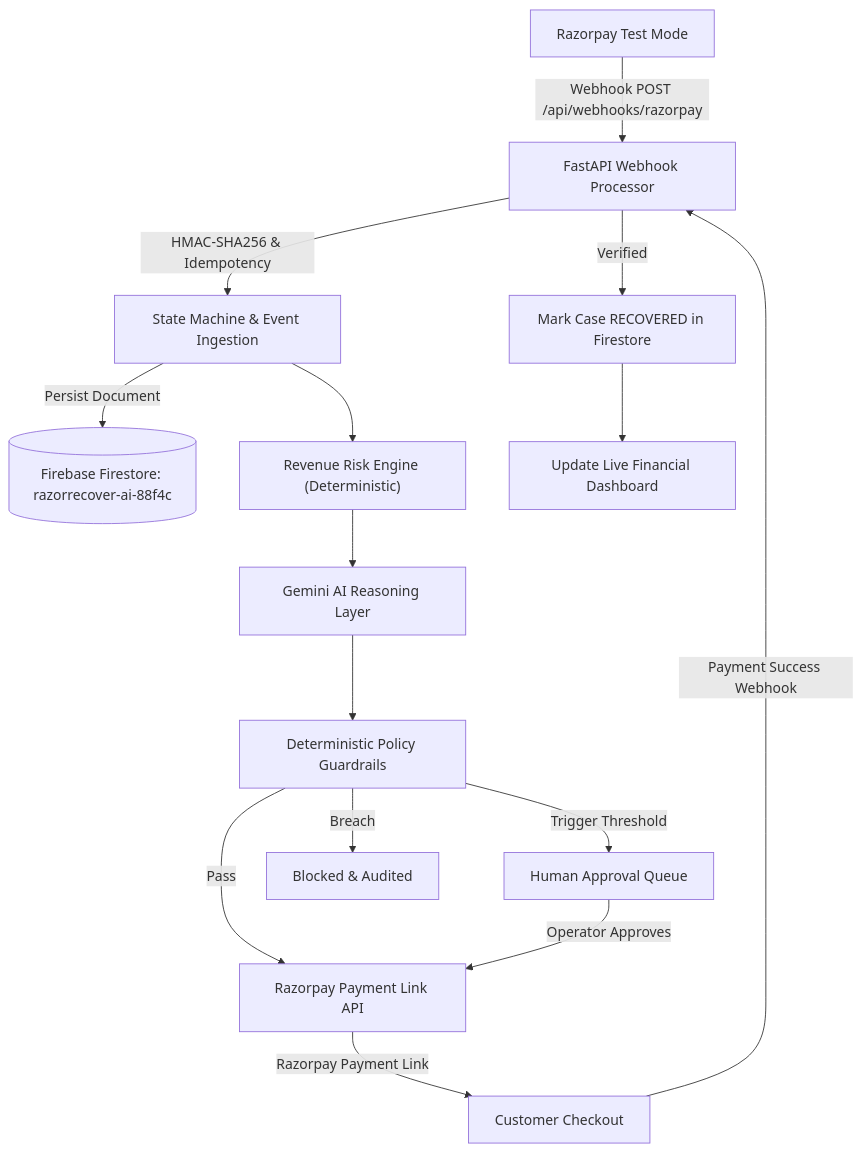
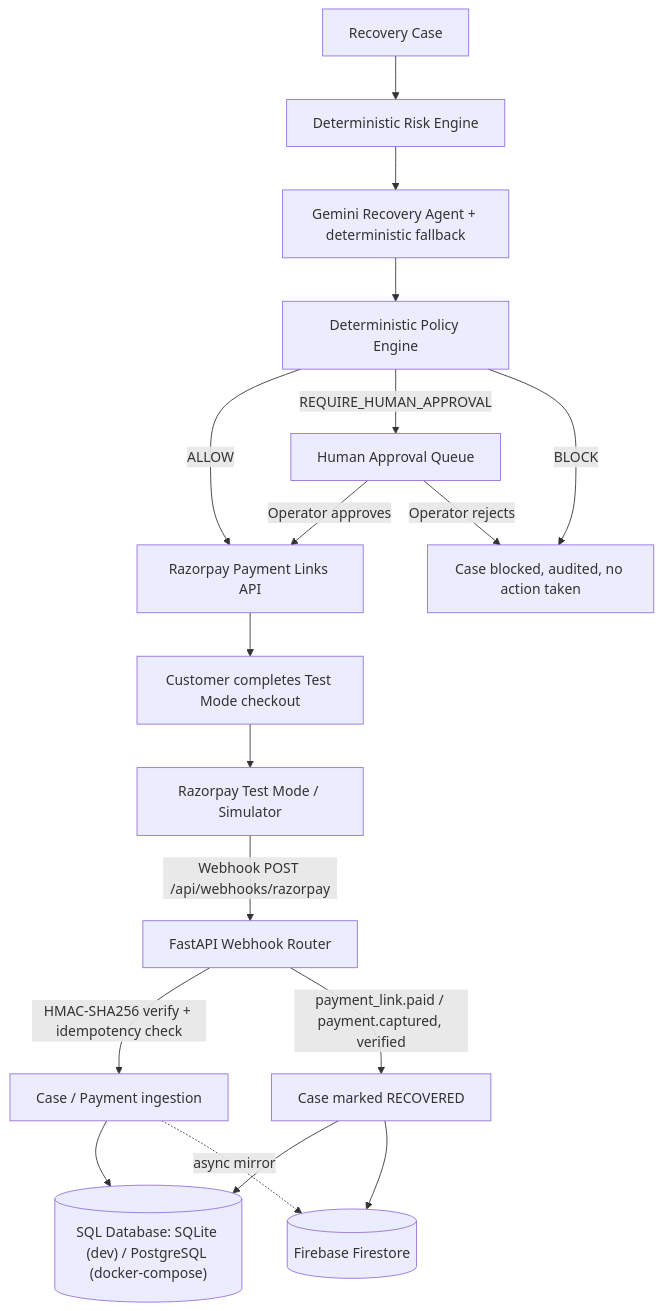
One commit to MASTER870-CMD/razorrecover-ai changed the diagram in README.md. Above: the diagram before and after it, drawn with Mermaid. The commit also changed other lines of this file, not shown here.

````diff
--- a/README.md
+++ b/README.md
@@ -104,20 +92,23 @@
 ```mermaid
 flowchart TD
-    A["Razorpay Test Mode"] -->|"Webhook POST /api/webhooks/razorpay"| B["FastAPI Webhook Processor"]
-    B -->|"HMAC-SHA256 & Idempotency"| C["State Machine & Event Ingestion"]
-    C -->|"Persist Document"| D[("Firebase Firestore: razorrecover-ai-88f4c")]
-    
-    C --> E["Revenue Risk Engine (Deterministic)"]
-    E --> F["Gemini AI Reasoning Layer"]
-    F --> G["Deterministic Policy Guardrails"]
-    
-    G -->|"Pass"| H["Razorpay Payment Link API"]
-    G -->|"Trigger Threshold"| I["Human Approval Queue"]
-    G -->|"Breach"| J["Blocked & Audited"]
-    
-    I -->|"Operator Approves"| H
-    H -->|"Razorpay Payment Link"| K["Customer Checkout"]
-    K -->|"Payment Success Webhook"| B
-    B -->|"Verified"| L["Mark Case RECOVERED in Firestore"]
-    L --> M["Update Live Financial Dashboard"]
+    A["Razorpay Test Mode / Simulator"] -->|"Webhook POST /api/webhooks/razorpay"| B["FastAPI Webhook Router"]
+    B -->|"HMAC-SHA256 verify + idempotency check"| C["Case / Payment ingestion"]
+    C --> D[("SQL Database: SQLite (dev) / PostgreSQL (docker-compose)")]
+    C -.->|"async mirror"| D2[("Firebase Firestore")]
+
+    E["Recovery Case"] --> F["Deterministic Risk Engine"]
+    F --> G["Gemini Recovery Agent + deterministic fallback"]
+    G --> H["Deterministic Policy Engine"]
+
+    H -->|"ALLOW"| I["Razorpay Payment Links API"]
+    H -->|"REQUIRE_HUMAN_APPROVAL"| J["Human Approval Queue"]
+    H -->|"BLOCK"| K["Case blocked, audited, no action taken"]
+
+    J -->|"Operator approves"| I
+    J -->|"Operator rejects"| K
+    I --> L["Customer completes Test Mode checkout"]
+    L --> A
+    B -->|"payment_link.paid / payment.captured, verified"| M["Case marked RECOVERED"]
+    M --> D
+    M --> D2
 ```
````
